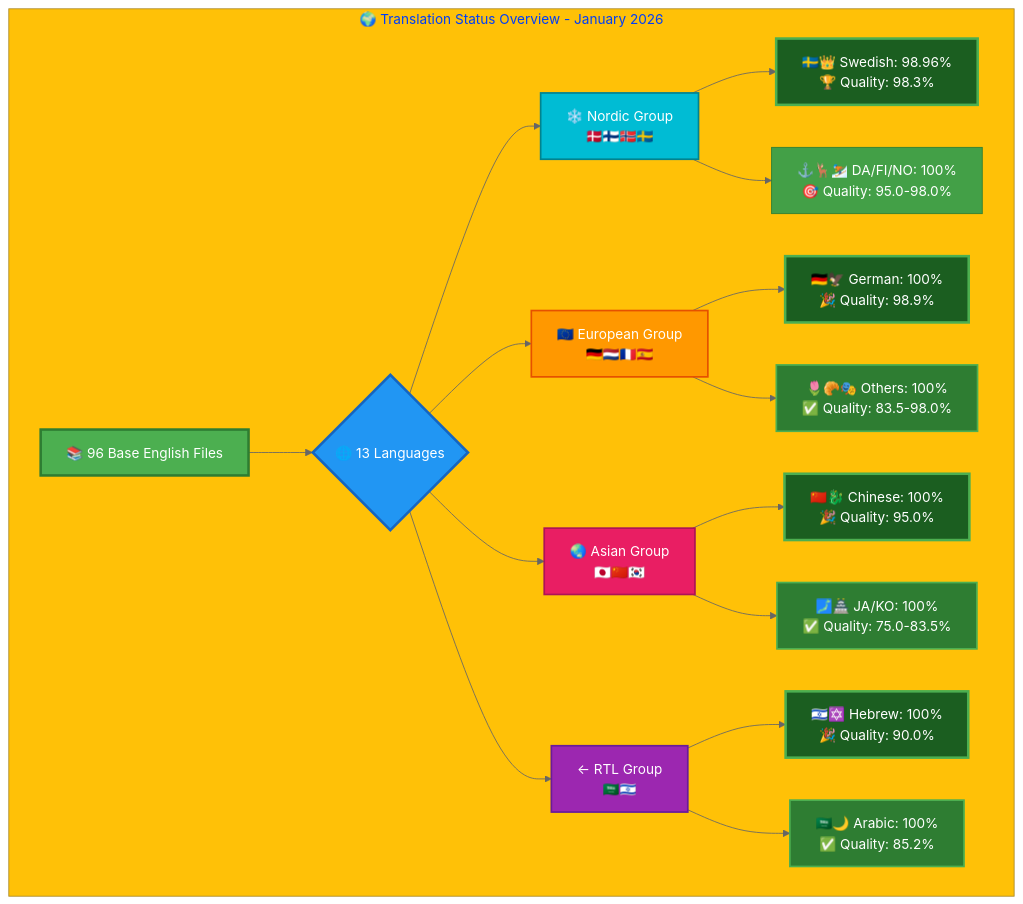
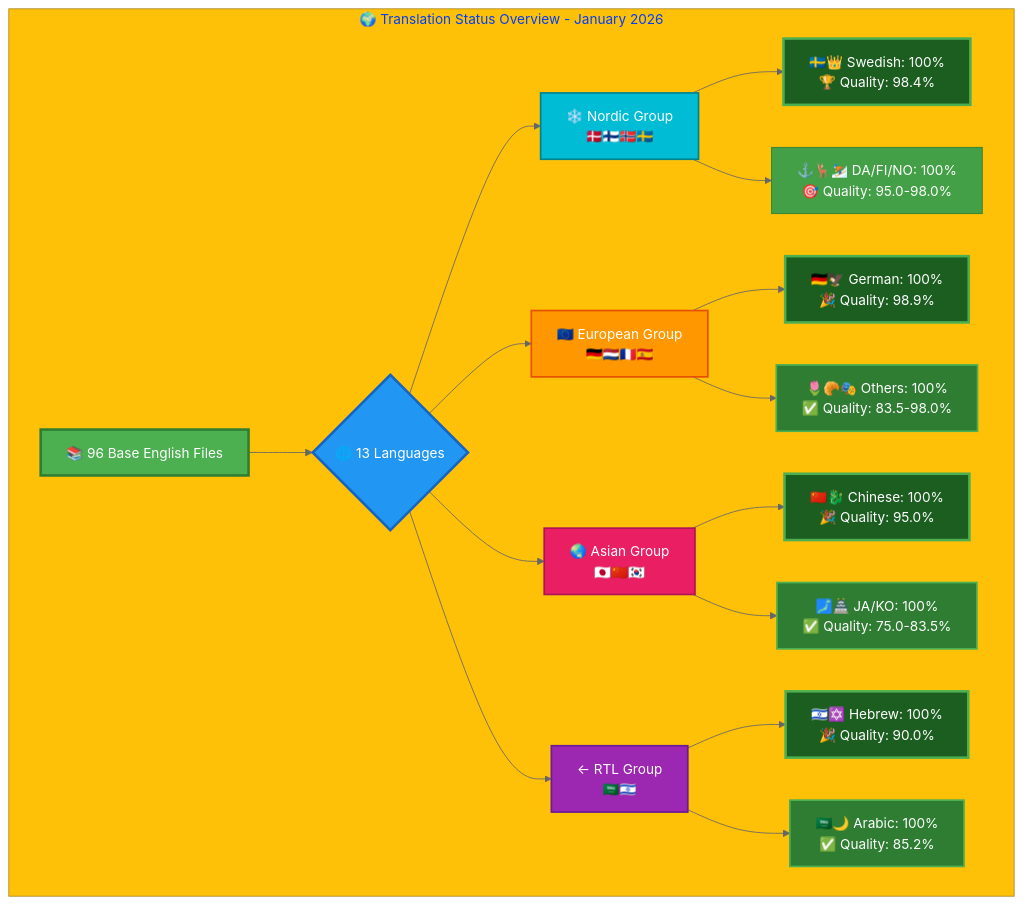
Before and after one commit to Hack23/homepage: the first of 2 diagrams in TRANSLATION_DOCUMENTATION_README.md, drawn with Mermaid. The commit also changed other lines of this file and 3 other files, not shown here.

````diff
--- a/TRANSLATION_DOCUMENTATION_README.md
+++ b/TRANSLATION_DOCUMENTATION_README.md
@@ -248,38 +264,38 @@
 ```mermaid
 %%{init: {'theme':'base', 'themeVariables': { 'primaryColor':'#4CAF50','primaryTextColor':'#fff','primaryBorderColor':'#2E7D32','lineColor':'#666','secondaryColor':'#2196F3','tertiaryColor':'#FFC107','fontSize':'16px'}}}%%
 graph TB
     subgraph "🌍 Translation Status Overview - January 2026"
         A["📚 96 Base English Files"] --> B{"🌐 13 Languages"}
         B --> C["❄️ Nordic Group<br/>🇩🇰🇫🇮🇳🇴🇸🇪"]
         B --> D["🇪🇺 European Group<br/>🇩🇪🇳🇱🇫🇷🇪🇸"]
         B --> E["🌏 Asian Group<br/>🇯🇵🇨🇳🇰🇷"]
         B --> F["← RTL Group<br/>🇸🇦🇮🇱"]
         
-        C --> C1["🇸🇪👑 Swedish: 98.96%<br/>🏆 Quality: 98.3%"]
+        C --> C1["🇸🇪👑 Swedish: 100%<br/>🏆 Quality: 98.4%"]
         C --> C2["⚓🦌⛷️ DA/FI/NO: 100%<br/>🎯 Quality: 95.0-98.0%"]
         
         D --> D1["🇩🇪🦅 German: 100%<br/>🎉 Quality: 98.9%"]
         D --> D2["🌷🥐🎭 Others: 100%<br/>✅ Quality: 83.5-98.0%"]
         
         E --> E1["🇨🇳🐉 Chinese: 100%<br/>🎉 Quality: 95.0%"]
         E --> E2["🗾🏯 JA/KO: 100%<br/>✅ Quality: 75.0-83.5%"]
         
         F --> F1["🇮🇱✡️ Hebrew: 100%<br/>🎉 Quality: 90.0%"]
         F --> F2["🇸🇦🌙 Arabic: 100%<br/>✅ Quality: 85.2%"]
         
         style A fill:#4CAF50,stroke:#2E7D32,color:#fff,stroke-width:3px
         style B fill:#2196F3,stroke:#1565C0,color:#fff,stroke-width:3px
         style C fill:#00BCD4,stroke:#00838F,color:#fff,stroke-width:2px
         style D fill:#FF9800,stroke:#E65100,color:#fff,stroke-width:2px
         style E fill:#E91E63,stroke:#AD1457,color:#fff,stroke-width:2px
         style F fill:#9C27B0,stroke:#6A1B9A,color:#fff,stroke-width:2px
         style C1 fill:#1B5E20,stroke:#4CAF50,color:#fff,stroke-width:3px
         style C2 fill:#43A047,stroke:#2E7D32,color:#fff
         style D1 fill:#1B5E20,stroke:#4CAF50,color:#fff,stroke-width:3px
         style D2 fill:#2E7D32,stroke:#4CAF50,color:#fff,stroke-width:2px
         style E1 fill:#1B5E20,stroke:#4CAF50,color:#fff,stroke-width:3px
         style E2 fill:#2E7D32,stroke:#4CAF50,color:#fff,stroke-width:2px
         style F1 fill:#1B5E20,stroke:#4CAF50,color:#fff,stroke-width:3px
         style F2 fill:#2E7D32,stroke:#4CAF50,color:#fff,stroke-width:2px
     end
 ```
````
